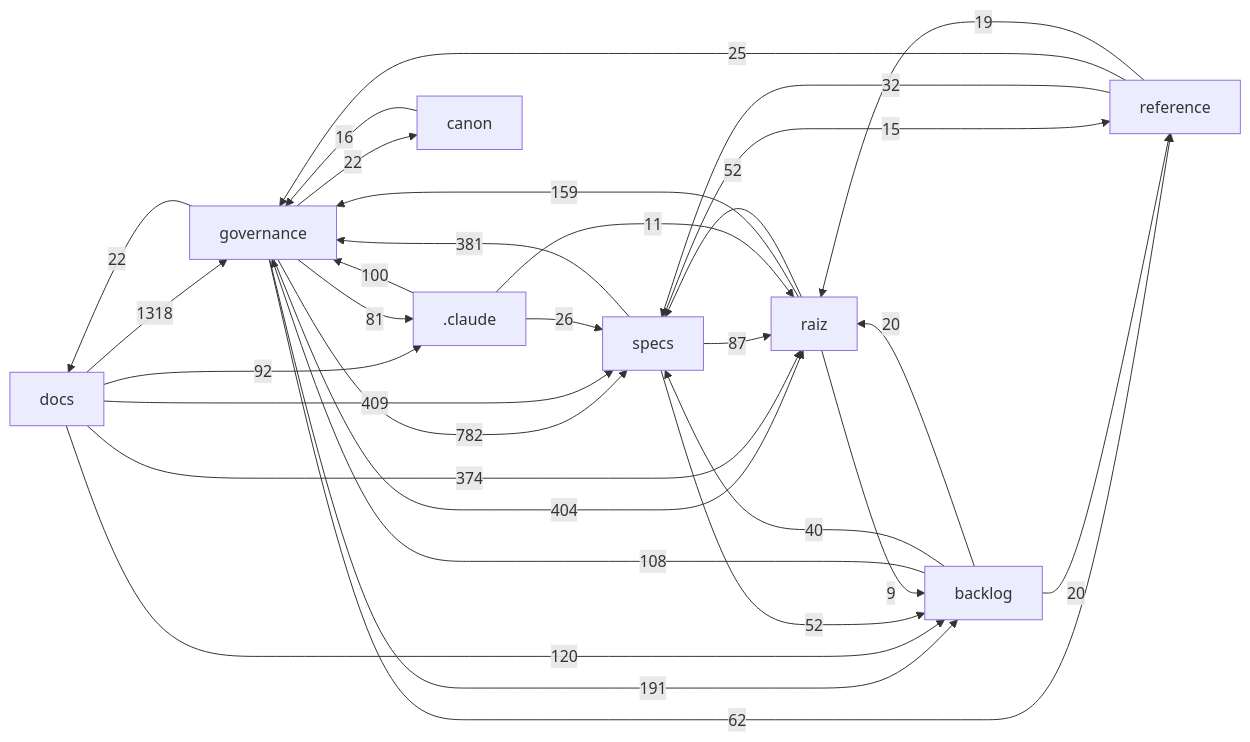
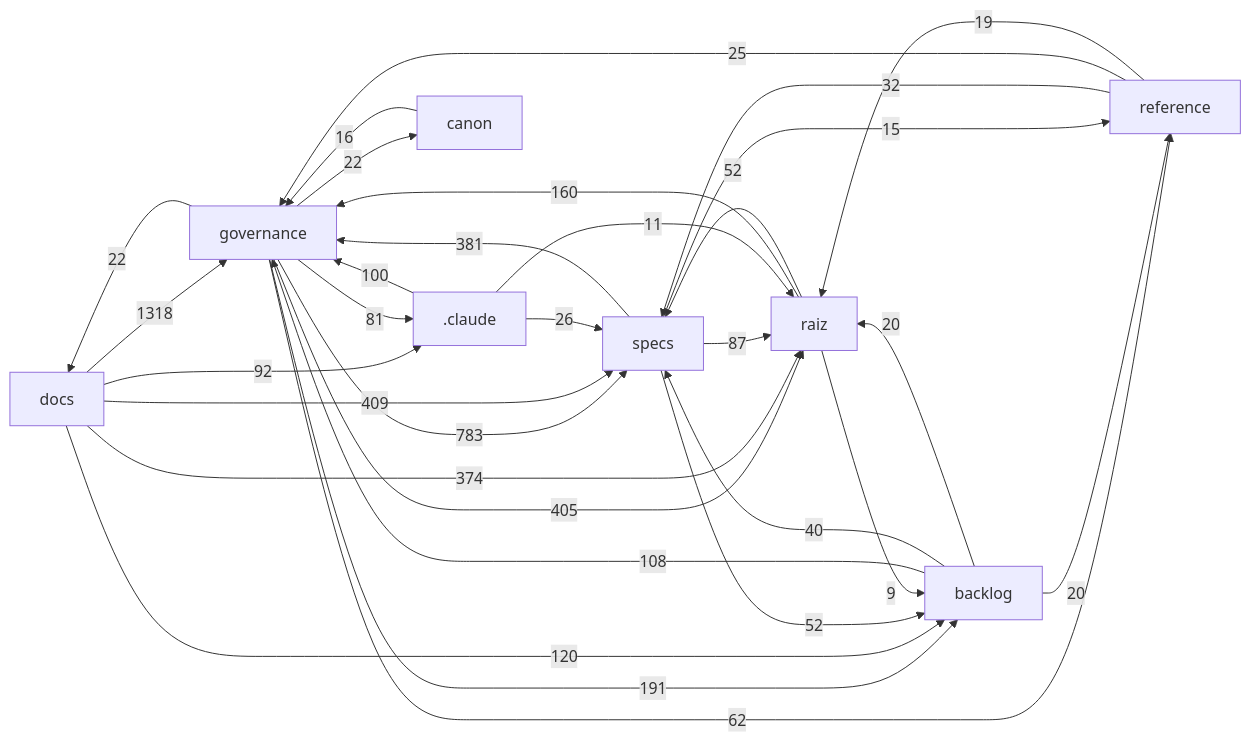
The diagram in docs/mapa/MAPA-PROJETO.md (Andraus35/Sistema-Operacional-de-Trading--SOT), drawn with Mermaid before and after one commit. The commit also changed other lines of this file and 8 other files, not shown here.

````diff
--- a/docs/mapa/MAPA-PROJETO.md
+++ b/docs/mapa/MAPA-PROJETO.md
@@ -29,33 +29,33 @@
 ```mermaid
 flowchart LR
   docs["docs"] -->|1318| governance["governance"]
-  governance["governance"] -->|782| specs["specs"]
+  governance["governance"] -->|783| specs["specs"]
   docs["docs"] -->|409| specs["specs"]
-  governance["governance"] -->|404| raiz["raiz"]
+  governance["governance"] -->|405| raiz["raiz"]
   specs["specs"] -->|381| governance["governance"]
   docs["docs"] -->|374| raiz["raiz"]
   governance["governance"] -->|191| backlog["backlog"]
-  raiz["raiz"] -->|159| governance["governance"]
+  raiz["raiz"] -->|160| governance["governance"]
   docs["docs"] -->|120| backlog["backlog"]
   backlog["backlog"] -->|108| governance["governance"]
   _claude[".claude"] -->|100| governance["governance"]
   docs["docs"] -->|92| _claude[".claude"]
   specs["specs"] -->|87| raiz["raiz"]
   governance["governance"] -->|81| _claude[".claude"]
   governance["governance"] -->|62| reference["reference"]
   raiz["raiz"] -->|52| specs["specs"]
   specs["specs"] -->|52| backlog["backlog"]
   backlog["backlog"] -->|40| specs["specs"]
   reference["reference"] -->|32| specs["specs"]
   _claude[".claude"] -->|26| specs["specs"]
   reference["reference"] -->|25| governance["governance"]
   governance["governance"] -->|22| docs["docs"]
   governance["governance"] -->|22| canon["canon"]
   backlog["backlog"] -->|20| raiz["raiz"]
   backlog["backlog"] -->|20| reference["reference"]
   reference["reference"] -->|19| raiz["raiz"]
   canon["canon"] -->|16| governance["governance"]
   specs["specs"] -->|15| reference["reference"]
   _claude[".claude"] -->|11| raiz["raiz"]
   raiz["raiz"] -->|9| backlog["backlog"]
 ```
````
